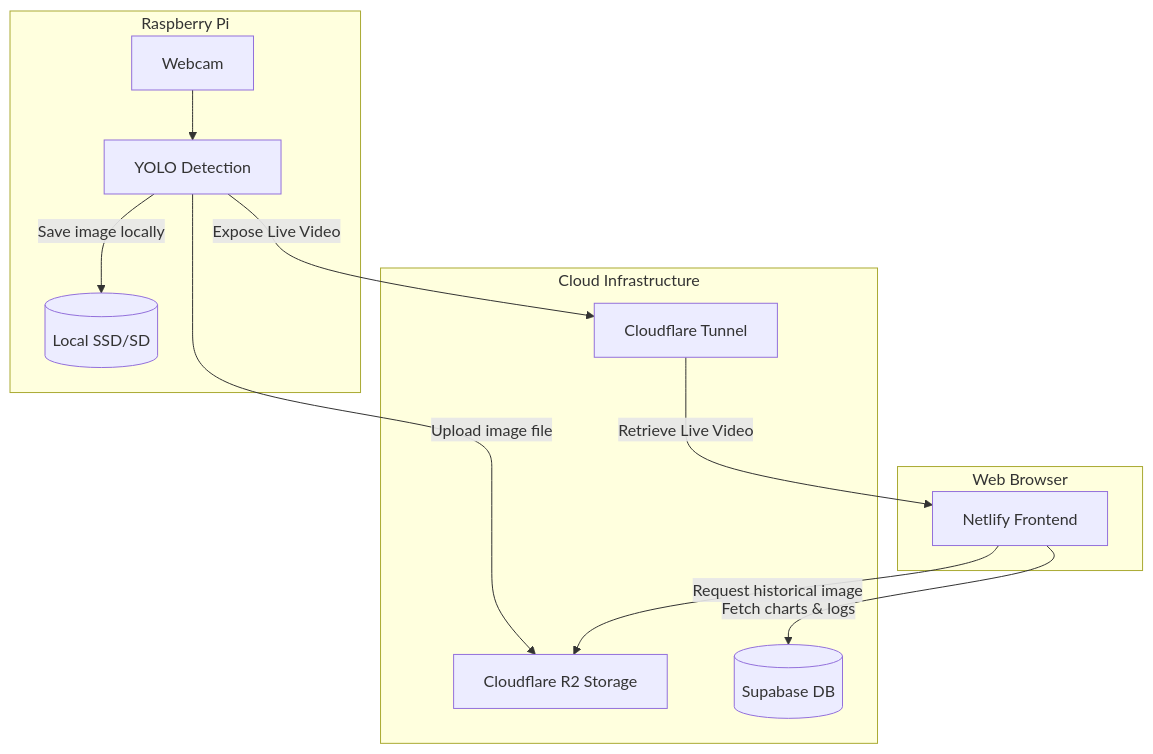
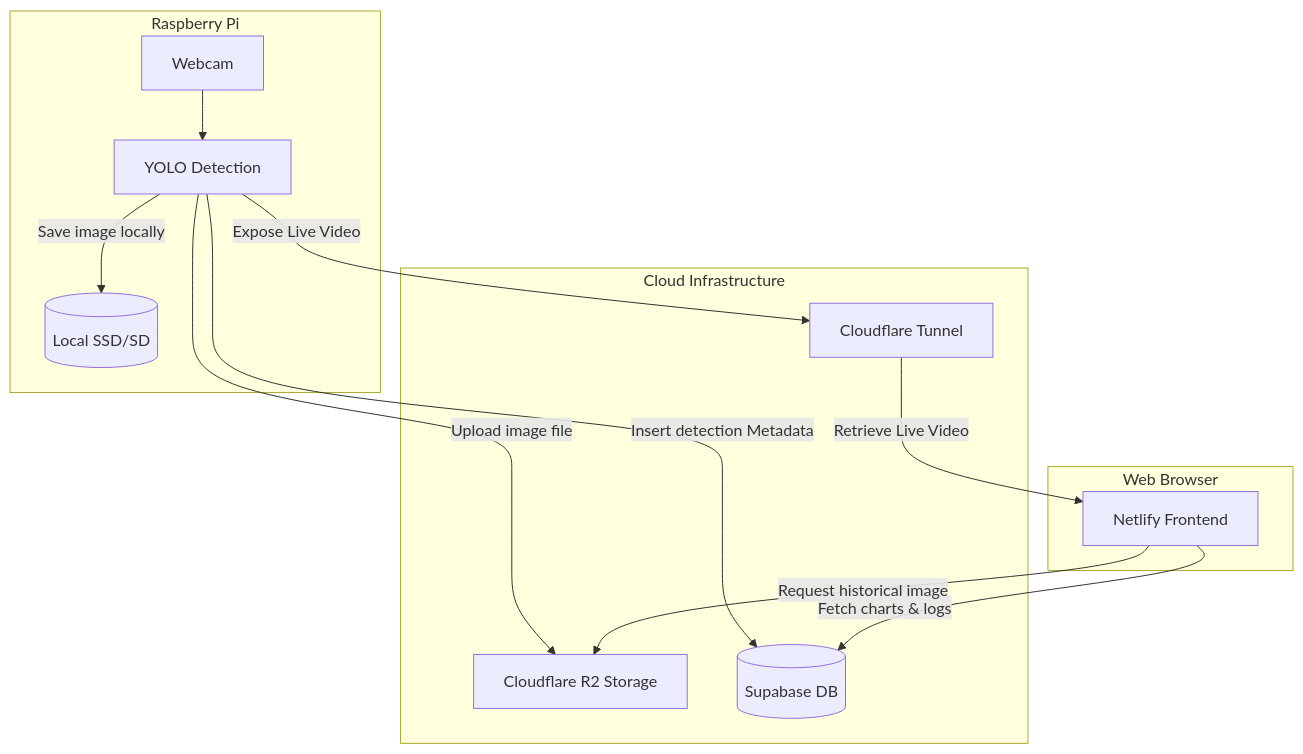
Before and after one commit to OGoodrum/Tomato-Dataset-Model: the diagram in Data Flow Architectural Diagram.md, drawn with Mermaid.

Commit message:
Forgot to add one data link

````diff
--- a/Data Flow Architectural Diagram.md
+++ b/Data Flow Architectural Diagram.md
@@ -3,25 +3,26 @@
 ```mermaid
 graph TD
     subgraph Edge ["Raspberry Pi"]
         Camera[Webcam] --> Inference["YOLO Detection"]
         LocalStorage[("Local SSD/SD")]
         Inference -->|Save image locally| LocalStorage
     end
 
     subgraph CloudServices ["Cloud Infrastructure"]
         CloudStorage["Cloudflare R2 Storage"]
         CloudBackend["Cloudflare Tunnel"]
         DB[("Supabase DB")]
     end
 
     subgraph User ["Web Browser"]
         Website["Netlify Frontend"]
     end
 
     %% Cross-subgraph connections
     Inference -->|Upload image file| CloudStorage
     Inference -->|Expose Live Video| CloudBackend
+    Inference -->|Insert detection Metadata| DB
     Website -->|Fetch charts & logs| DB
     Website -->|Request historical image| CloudStorage
     CloudBackend -->|Retrieve Live Video| Website
 ```
````
